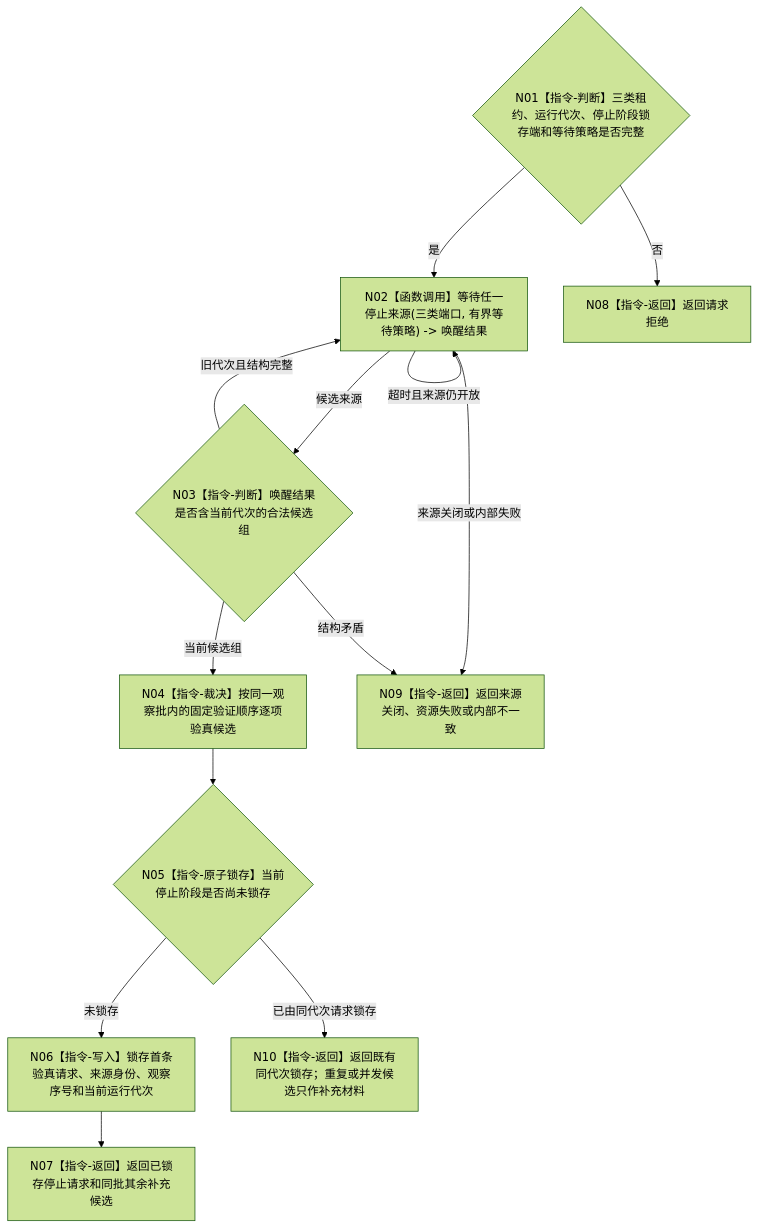
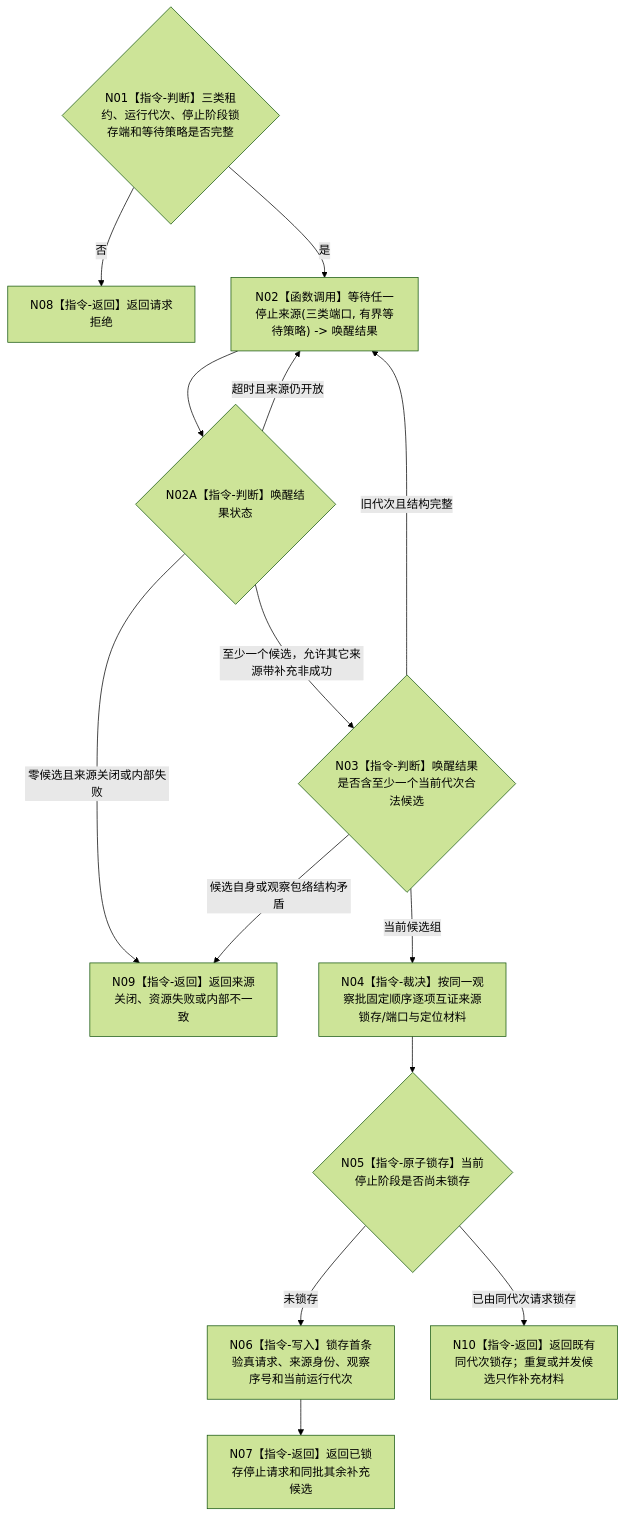
Before and after one commit to chunhaizh-cyber/HY-Ego: the diagram in 流程图/目标业务流程图/L2/BIZ-L2-001-10_等待程序停止请求_目标函数流程图_v0.1.md, drawn with Mermaid (forest theme). The commit also changed other lines of this file and 13 other files, not shown here.

````diff
--- a/流程图/目标业务流程图/L2/BIZ-L2-001-10_等待程序停止请求_目标函数流程图_v0.1.md
+++ b/流程图/目标业务流程图/L2/BIZ-L2-001-10_等待程序停止请求_目标函数流程图_v0.1.md
@@ -31,24 +31,25 @@
 ```mermaid
 flowchart TD
     N01{"N01【指令-判断】三类租约、运行代次、停止阶段锁存端和等待策略是否完整"}
     N02["N02【函数调用】等待任一停止来源(三类端口, 有界等待策略) -> 唤醒结果"]
-    N03{"N03【指令-判断】唤醒结果是否含当前代次的合法候选组"}
-    N04["N04【指令-裁决】按同一观察批内的固定验证顺序逐项验真候选"]
+    N02A{"N02A【指令-判断】唤醒结果状态"}
+    N03{"N03【指令-判断】唤醒结果是否含至少一个当前代次合法候选"}
+    N04["N04【指令-裁决】按同一观察批固定顺序逐项互证来源锁存/端口与定位材料"]
     N05{"N05【指令-原子锁存】当前停止阶段是否尚未锁存"}
     N06["N06【指令-写入】锁存首条验真请求、来源身份、观察序号和当前运行代次"]
     N07["N07【指令-返回】返回已锁存停止请求和同批其余补充候选"]
     N08["N08【指令-返回】返回请求拒绝"]
     N09["N09【指令-返回】返回来源关闭、资源失败或内部不一致"]
     N10["N10【指令-返回】返回既有同代次锁存；重复或并发候选只作补充材料"]
 
     N01 -->|否| N08
-    N01 -->|是| N02
-    N02 -->|超时且来源仍开放| N02
-    N02 -->|来源关闭或内部失败| N09
-    N02 -->|候选来源| N03
+    N01 -->|是| N02 --> N02A
+    N02A -->|超时且来源仍开放| N02
+    N02A -->|零候选且来源关闭或内部失败| N09
+    N02A -->|至少一个候选，允许其它来源带补充非成功| N03
     N03 -->|旧代次且结构完整| N02
-    N03 -->|结构矛盾| N09
+    N03 -->|候选自身或观察包络结构矛盾| N09
     N03 -->|当前候选组| N04 --> N05
     N05 -->|未锁存| N06 --> N07
     N05 -->|已由同代次请求锁存| N10
 ```
````
